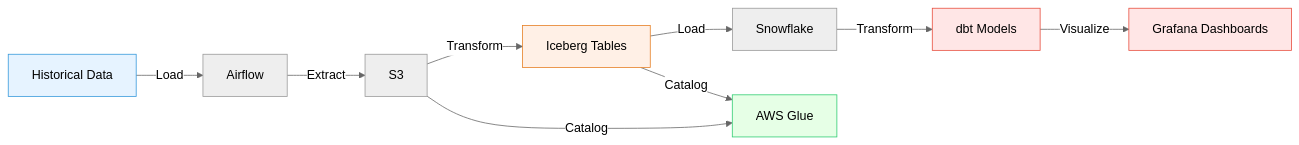
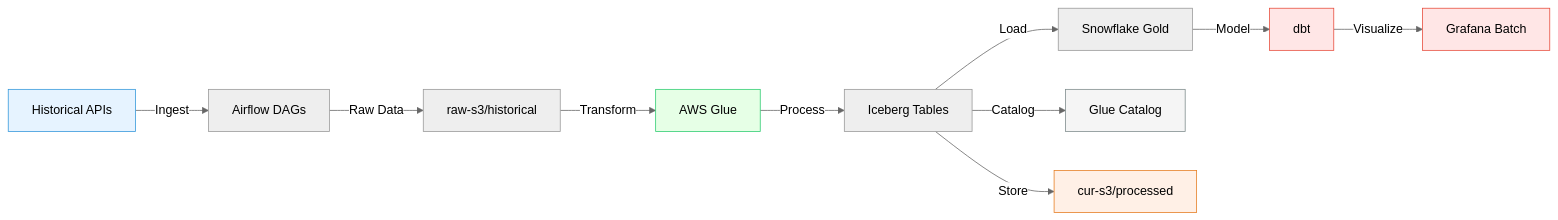
One commit to sanchitvj/sports_betting_analytics_engine changed the second of 5 diagrams in README.md. Above: the diagram before and after it, drawn with Mermaid (neutral theme). The commit also changed other lines of this file, not shown here.

````diff
--- a/README.md
+++ b/README.md
@@ -31,22 +28,27 @@
 ```mermaid
 graph LR
     classDef source fill:#e6f3ff,stroke:#3498db
     classDef processing fill:#e6ffe6,stroke:#2ecc71
     classDef storage fill:#fff0e6,stroke:#e67e22
     classDef analytics fill:#ffe6e6,stroke:#e74c3c
-    
-    A[Historical Data] -->|Load| B[Airflow]
-    B -->|Extract| C[S3]
-    C -->|Transform| D[Iceberg Tables]
-    D -->|Load| E[Snowflake]
-    E -->|Transform| F[dbt Models]
-    F -->|Visualize| G[Grafana Dashboards]
-    
-    C & D -->|Catalog| H[AWS Glue]
-    
+    classDef quality fill:#f5f5f5,stroke:#7f8c8d
+
+    %% Batch Pipeline
+    A[Historical APIs] -->|Ingest| B[Airflow DAGs]
+    B -->|Raw Data| C[raw-s3/historical]
+    C -->|Transform| D[AWS Glue]
+    D -->|Process| E[Iceberg Tables]
+    E -->|Load| F[Snowflake Gold]
+    F -->|Model| G[dbt]
+    G -->|Visualize| H[Grafana Batch]
+
+    E -->|Catalog| I[Glue Catalog]
+    E -->|Store| J[cur-s3/processed]
+
     A:::source
-    B & H:::processing
-    C & D:::storage
-    E & F:::analytics
-    G:::analytics
+    B & D:::processing
+    C & J:::storage
+    F & G:::analytics
+    H:::analytics
+    I:::quality
 ```
````
